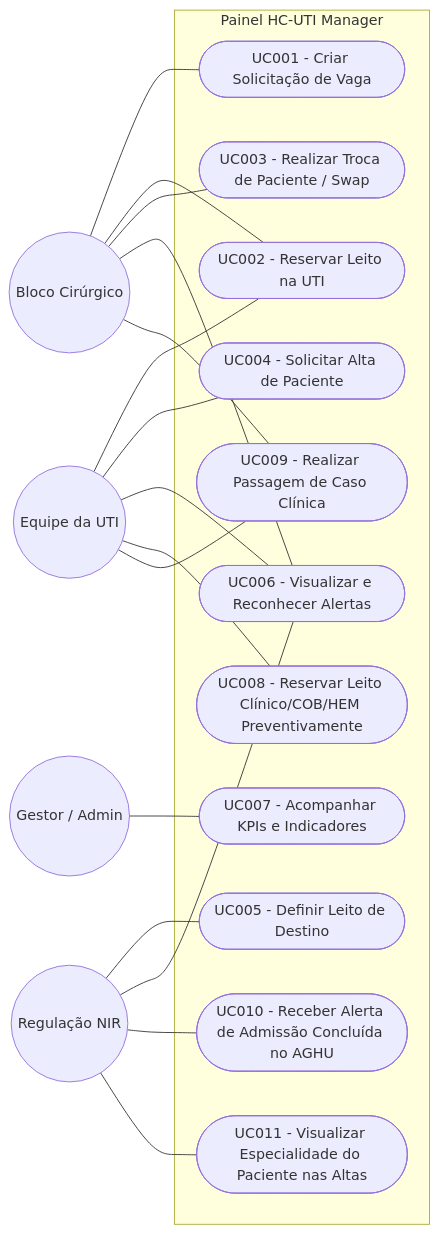
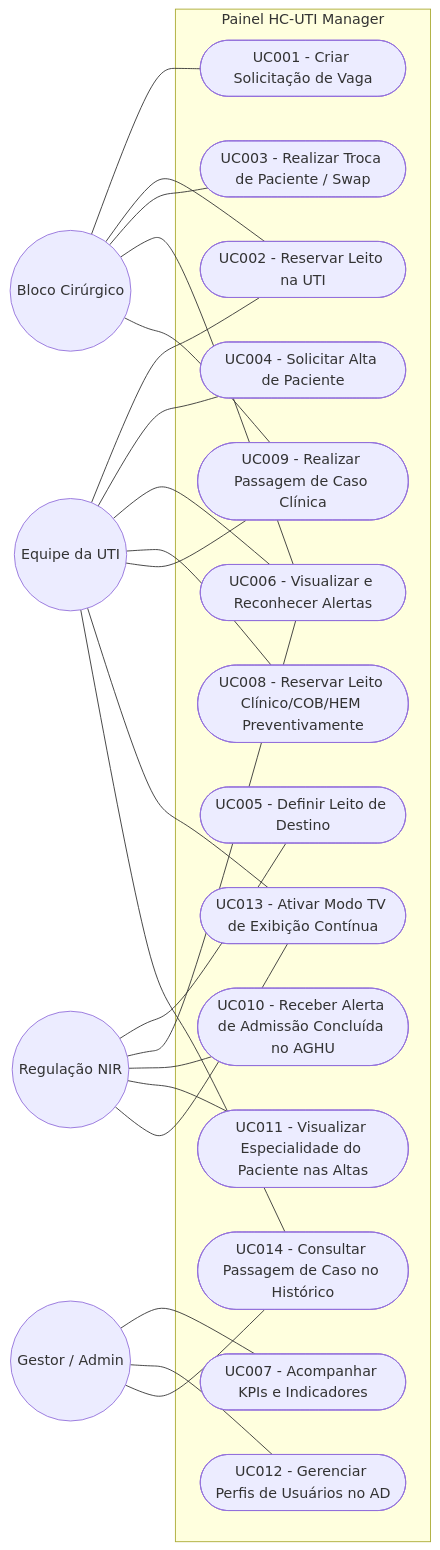
One commit to HCUFPE/hc-uti-manager changed the diagram in docs/projeto_inicial/03-casos-uso.md. Above: the diagram before and after it, drawn with Mermaid. The commit also changed other lines of this file and 4 other files, not shown here.

````diff
--- a/docs/projeto_inicial/03-casos-uso.md
+++ b/docs/projeto_inicial/03-casos-uso.md
@@ -9,42 +9,50 @@
 ```mermaid
 flowchart LR
     %% Atores
     BC((Bloco Cirúrgico))
     UTI((Equipe da UTI))
     NIR((Regulação NIR))
     ADM((Gestor / Admin))
     
     subgraph "Painel HC-UTI Manager"
         UC1([UC001 - Criar Solicitação de Vaga])
         UC2([UC002 - Reservar Leito na UTI])
         UC3([UC003 - Realizar Troca de Paciente / Swap])
         UC4([UC004 - Solicitar Alta de Paciente])
         UC5([UC005 - Definir Leito de Destino])
         UC6([UC006 - Visualizar e Reconhecer Alertas])
         UC7([UC007 - Acompanhar KPIs e Indicadores])
         UC8([UC008 - Reservar Leito Clínico/COB/HEM Preventivamente])
         UC9([UC009 - Realizar Passagem de Caso Clínica])
         UC10([UC010 - Receber Alerta de Admissão Concluída no AGHU])
         UC11([UC011 - Visualizar Especialidade do Paciente nas Altas])
+        UC12([UC012 - Gerenciar Perfis de Usuários no AD])
+        UC13([UC013 - Ativar Modo TV de Exibição Contínua])
+        UC14([UC014 - Consultar Passagem de Caso no Histórico])
     end
     
     %% Relacionamentos
     BC --- UC1
     BC --- UC2
     BC --- UC3
     BC --- UC6
     BC --- UC9
     
     UTI --- UC2
     UTI --- UC4
     UTI --- UC6
     UTI --- UC8
     UTI --- UC9
+    UTI --- UC13
+    UTI --- UC14
     
     NIR --- UC5
     NIR --- UC6
     NIR --- UC10
     NIR --- UC11
+    NIR --- UC13
     
     ADM --- UC7
+    ADM --- UC12
+    ADM --- UC14
 ```
````
